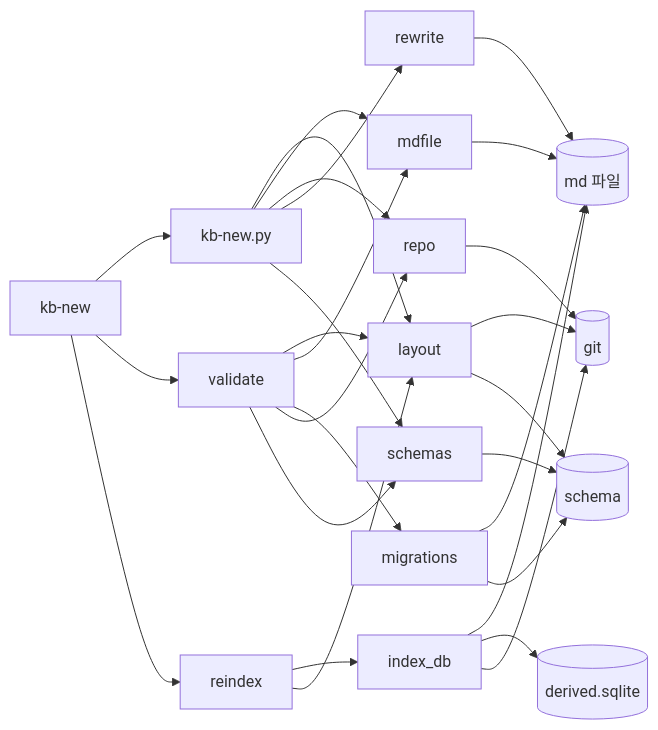
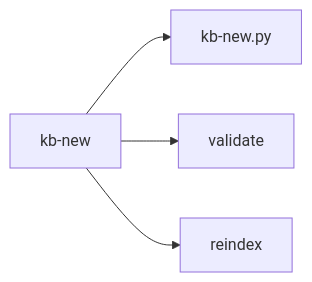
One commit to alteralab/syntopicon changed the fourth of 7 diagrams in core/.agents/review/07-스킬별-종속.md. Above: the diagram before and after it, drawn with Mermaid. The commit also changed other lines of this file and 1 other file, not shown here.

````diff
--- a/core/.agents/review/07-스킬별-종속.md
+++ b/core/.agents/review/07-스킬별-종속.md
@@ -150,20 +67,4 @@
 ```mermaid
 graph LR
-    S["kb-new"]
-
-    S --> T1["kb-new.py"]
-    S --> T2["validate"]
-    S --> T3["reindex"]
-
-    T1 --> M_lay["layout"] & M_md["mdfile"] & M_repo["repo"] & M_rw["rewrite"] & M_sch["schemas"]
-    T2 --> M_lay & M_md & M_mig["migrations"] & M_repo & M_sch
-    T3 --> M_idx["index_db"] & M_lay
-
-    M_idx --> D_md[("md 파일")] & D_der[("derived.sqlite")] & D_git[("git")]
-    M_md --> D_md
-    M_rw --> D_md
-    M_mig --> D_md & D_sch[("schema")]
-    M_lay --> D_git & D_sch
-    M_sch --> D_sch
-    M_repo --> D_git
+    S["kb-new"] --> A["kb-new.py"] & B["validate"] & C["reindex"]
 ```
````
